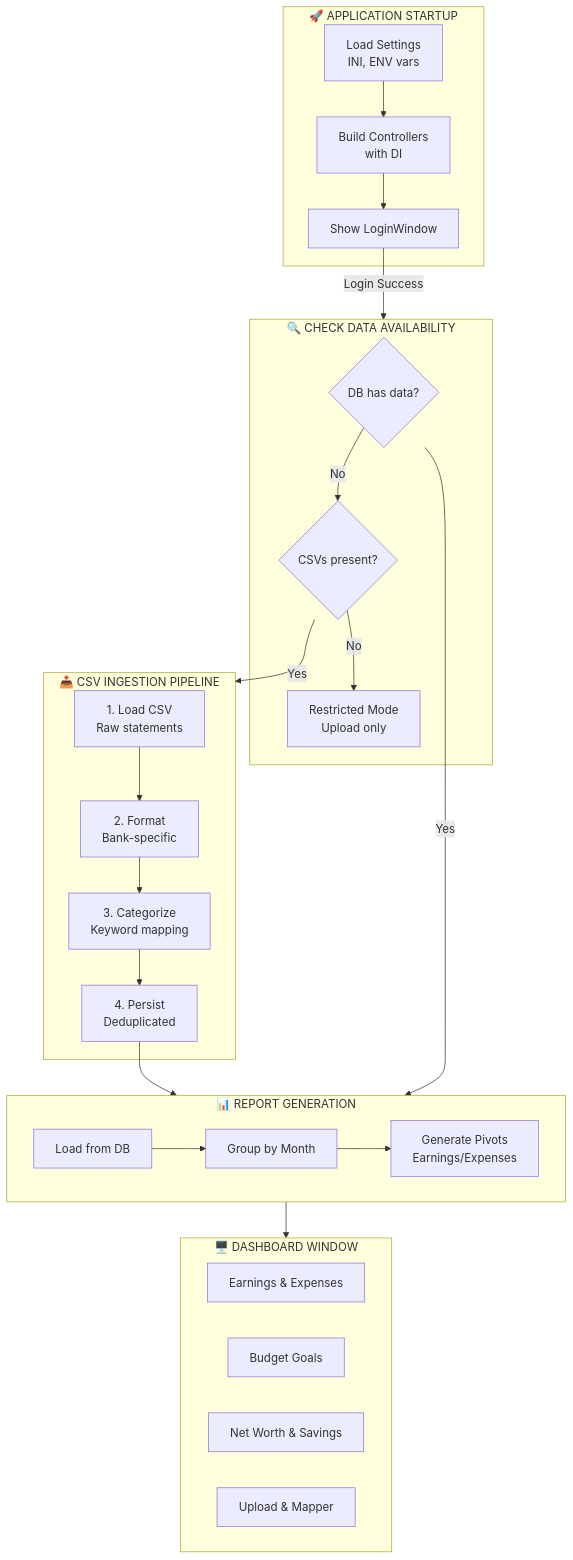
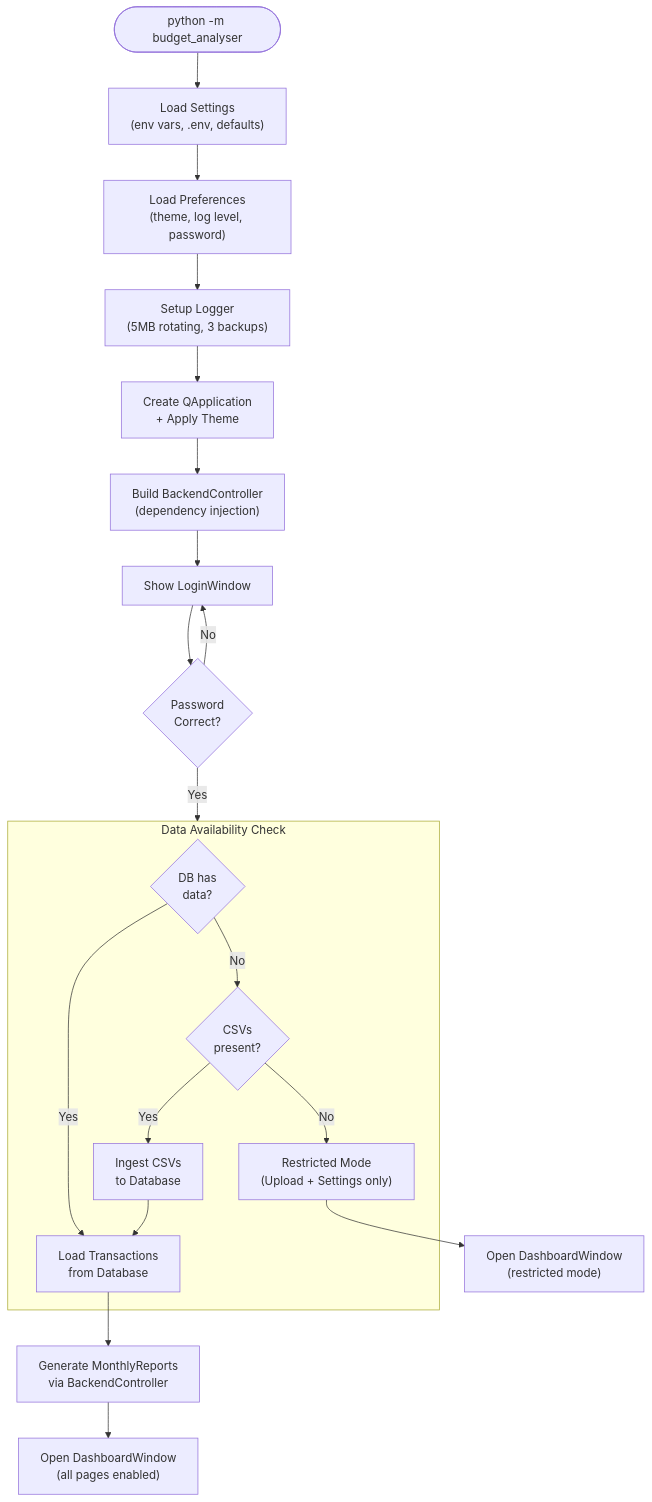
One commit to Harvest-Forged-Code/Analyser changed the fourth of 13 diagrams in docs/HLD.md. Above: the diagram before and after it, drawn with Mermaid. The commit also changed other lines of this file and 129 other files, not shown here.

````diff
--- a/docs/HLD.md
+++ b/docs/HLD.md
@@ -137,48 +278,31 @@
 ```mermaid
 flowchart TD
-    subgraph Startup["🚀 APPLICATION STARTUP"]
-        S1[Load Settings<br/>INI, ENV vars]
-        S2[Build Controllers<br/>with DI]
-        S3[Show LoginWindow]
-        S1 --> S2 --> S3
+    Start([python -m budget_analyser]) --> LoadSettings["Load Settings<br/>(env vars, .env, defaults)"]
+    LoadSettings --> LoadPrefs["Load Preferences<br/>(theme, log level, password)"]
+    LoadPrefs --> SetupLogger["Setup Logger<br/>(5MB rotating, 3 backups)"]
+    SetupLogger --> CreateApp["Create QApplication<br/>+ Apply Theme"]
+    CreateApp --> BuildCtrl["Build BackendController<br/>(dependency injection)"]
+    BuildCtrl --> ShowLogin["Show LoginWindow"]
+
+    ShowLogin --> VerifyPwd{Password<br/>Correct?}
+    VerifyPwd -->|No| ShowLogin
+    VerifyPwd -->|Yes| CheckData
+
+    subgraph CheckData["Data Availability Check"]
+        C1{DB has<br/>data?}
+        C2{CSVs<br/>present?}
+        RestrictedMode["Restricted Mode<br/>(Upload + Settings only)"]
+        IngestCSVs["Ingest CSVs<br/>to Database"]
+        LoadFromDB["Load Transactions<br/>from Database"]
     end
 
-    S3 -->|Login Success| Check
+    C1 -->|Yes| LoadFromDB
+    C1 -->|No| C2
+    C2 -->|Yes| IngestCSVs
+    C2 -->|No| RestrictedMode
+    IngestCSVs --> LoadFromDB
 
-    subgraph Check["🔍 CHECK DATA AVAILABILITY"]
-        C1{DB has data?}
-        C2{CSVs present?}
-        C3[Restricted Mode<br/>Upload only]
-    end
-
-    C1 -->|Yes| Report
-    C1 -->|No| C2
-    C2 -->|Yes| Ingestion
-    C2 -->|No| C3
-
-    subgraph Ingestion["📥 CSV INGESTION PIPELINE"]
-        I1[1. Load CSV<br/>Raw statements]
-        I2[2. Format<br/>Bank-specific]
-        I3[3. Categorize<br/>Keyword mapping]
-        I4[4. Persist<br/>Deduplicated]
-        I1 --> I2 --> I3 --> I4
-    end
-
-    I4 --> Report
-
-    subgraph Report["📊 REPORT GENERATION"]
-        R1[Load from DB]
-        R2[Group by Month]
-        R3[Generate Pivots<br/>Earnings/Expenses]
-        R1 --> R2 --> R3
-    end
-
-    Report --> Dashboard
-
-    subgraph Dashboard["🖥️ DASHBOARD WINDOW"]
-        D1[Earnings & Expenses]
-        D2[Budget Goals]
-        D3[Net Worth & Savings]
-        D4[Upload & Mapper]
-    end
+    LoadFromDB --> GenReports["Generate MonthlyReports<br/>via BackendController"]
+    GenReports --> OpenDash["Open DashboardWindow<br/>(all pages enabled)"]
+    RestrictedMode --> OpenDashRestricted["Open DashboardWindow<br/>(restricted mode)"]
 ```
````
